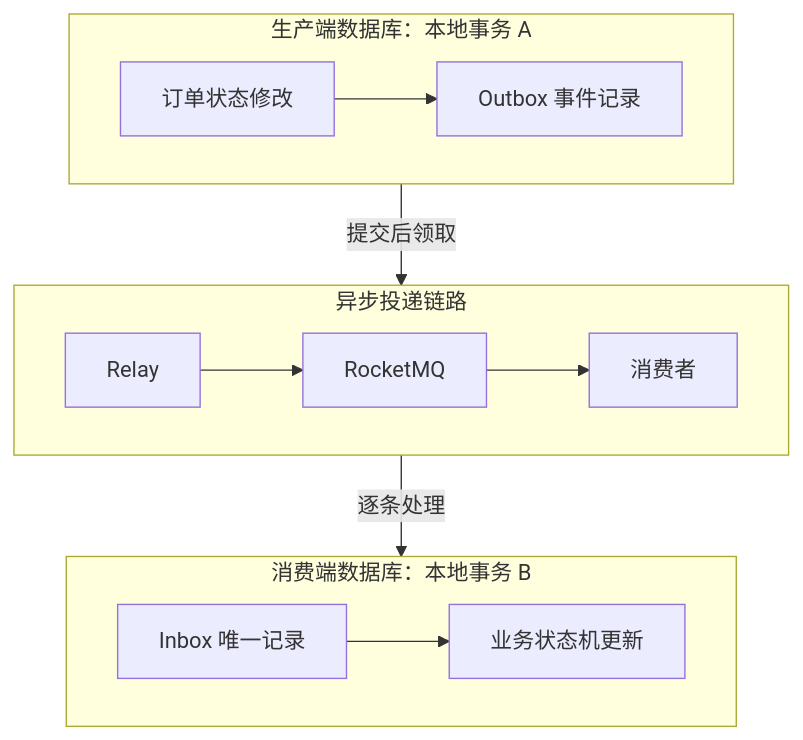
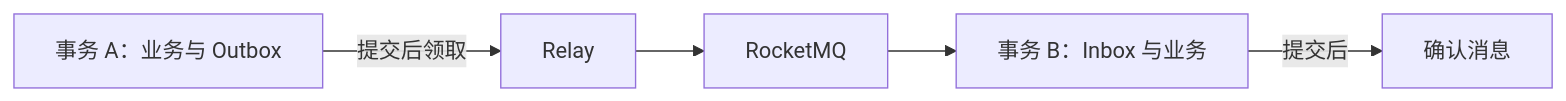
One commit to suxiongwei/without-me changed the first of 4 diagrams in doc/topics/outbox-rocketmq-inbox.md. Above: the diagram before and after it, drawn with Mermaid. The commit also changed other lines of this file and 20 other files, not shown here.

````diff
--- a/doc/topics/outbox-rocketmq-inbox.md
+++ b/doc/topics/outbox-rocketmq-inbox.md
@@ -69,17 +44,7 @@
 ```mermaid
-flowchart TB
-    subgraph P[生产端数据库：本地事务 A]
-        direction LR
-        B[订单状态修改] --> O[Outbox 事件记录]
-    end
-    subgraph D[异步投递链路]
-        direction LR
-        R[Relay] --> M[RocketMQ] --> C[消费者]
-    end
-    subgraph T[消费端数据库：本地事务 B]
-        direction LR
-        I[Inbox 唯一记录] --> S[业务状态机更新]
-    end
-    P -->|提交后领取| D
-    D -->|逐条处理| T
+flowchart LR
+    P[事务 A：业务与 Outbox] -->|提交后领取| R[Relay]
+    R --> M[RocketMQ]
+    M --> C[事务 B：Inbox 与业务]
+    C -->|提交后| A[确认消息]
 ```
````
